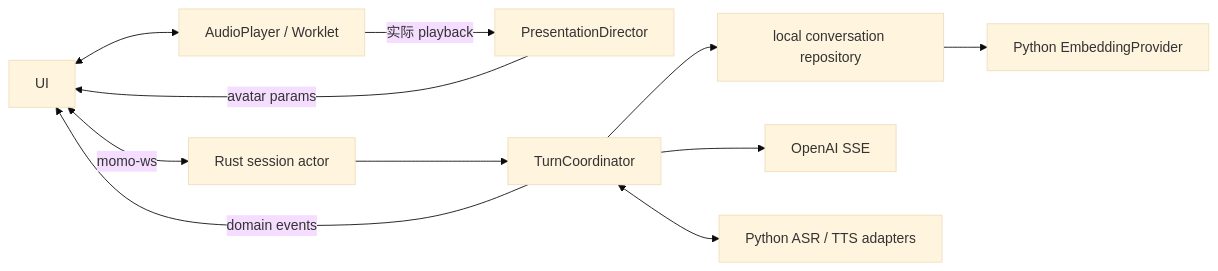
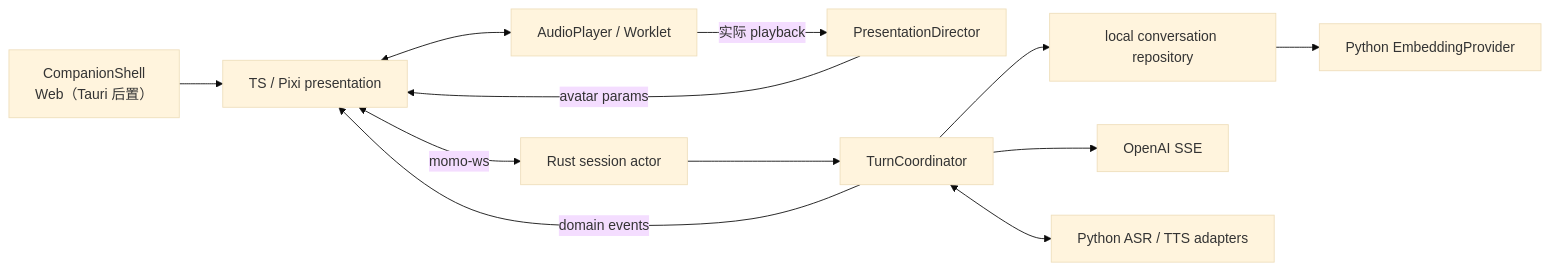
One commit to Momoyeyu/momo changed the first of 2 diagrams in docs/02-repos/momo-app.md. Above: the diagram before and after it, drawn with Mermaid (base theme). The commit also changed other lines of this file and 15 other files, not shown here.

Commit message:
docs: correct product direction — humanlike companion core, web-first host, repo split plan, provider boundary

````diff
--- a/docs/02-repos/momo-app.md
+++ b/docs/02-repos/momo-app.md
@@ -20,13 +25,14 @@
 ```mermaid
 flowchart LR
+    SHELL["CompanionShell<br/>Web（Tauri 后置）"] --> UI["TS / Pixi presentation"]
     UI <--> AUDIO["AudioPlayer / Worklet"]
     AUDIO -->|"实际 playback"| PRESENT["PresentationDirector"]
     PRESENT -->|"avatar params"| UI
     UI <-->|"momo-ws"| ACTOR["Rust session actor"]
     ACTOR --> TURN["TurnCoordinator"]
     TURN -->|"domain events"| UI
     TURN --> REPO["local conversation repository"]
     REPO --> EMBED["Python EmbeddingProvider"]
     TURN --> LLM["OpenAI SSE"]
     TURN <--> MODELS["Python ASR / TTS adapters"]
 ```
````
